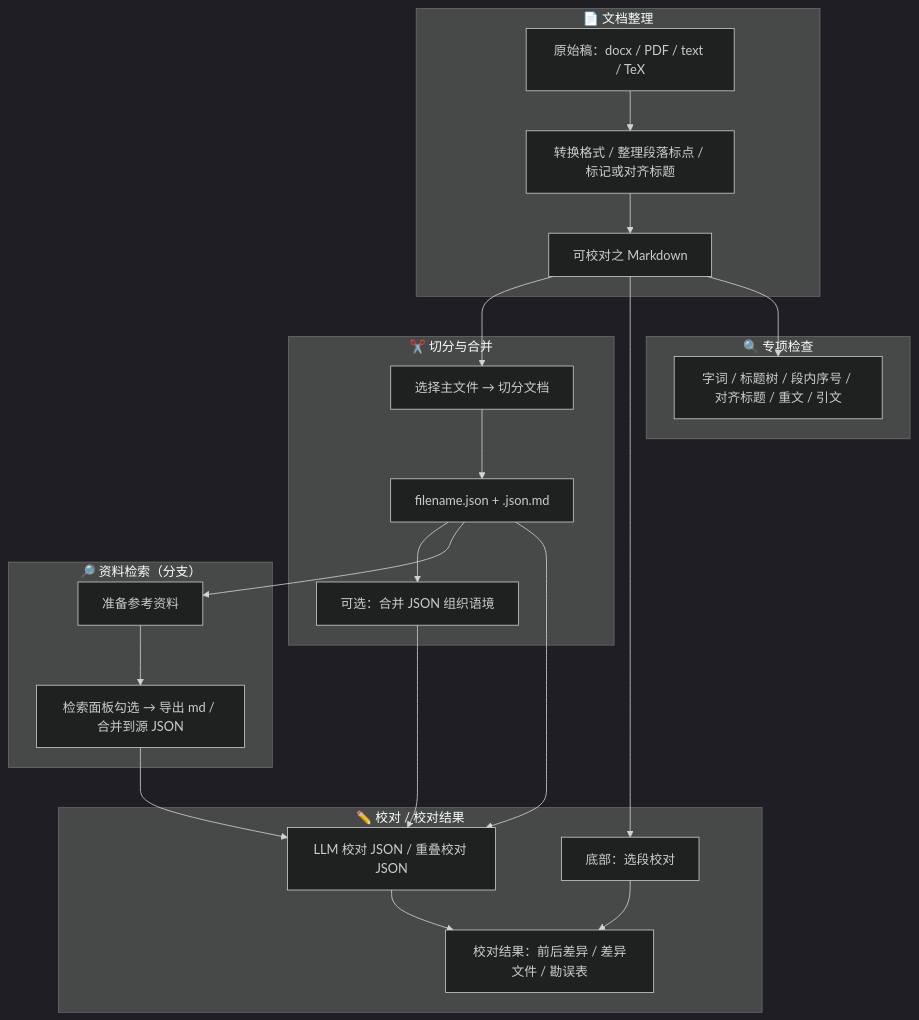
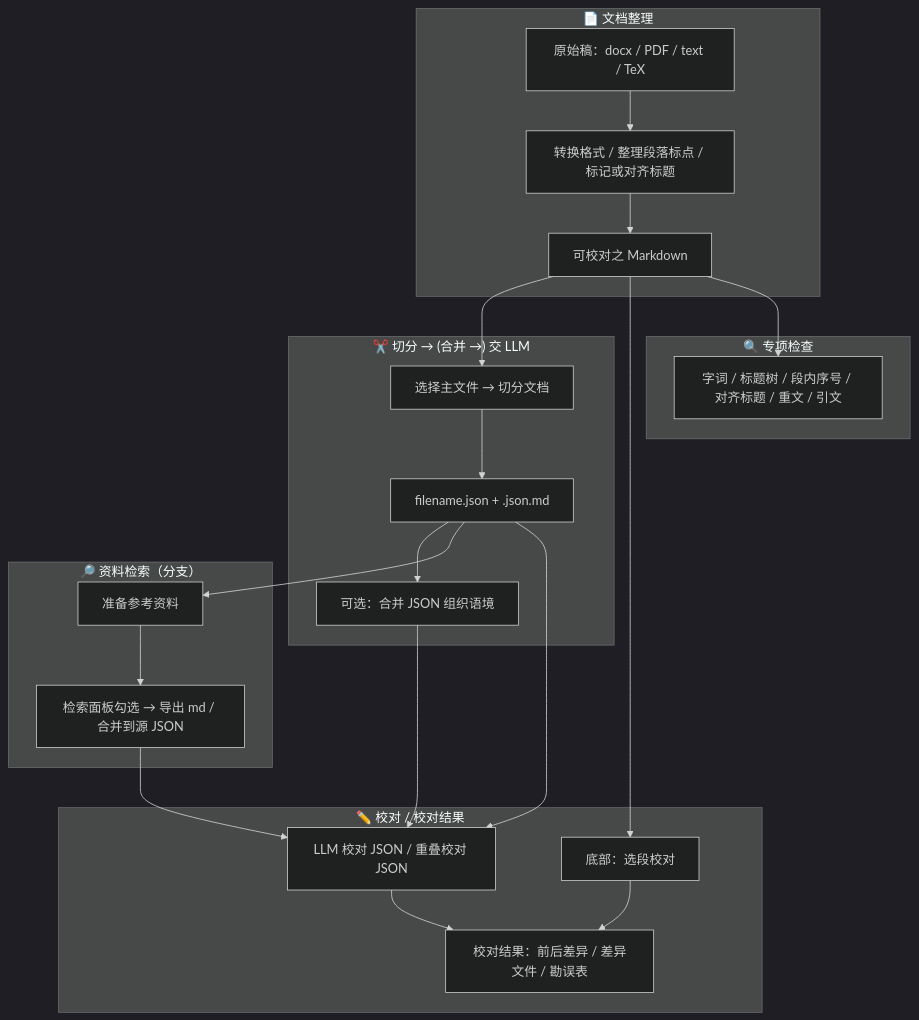
The second of 5 diagrams in docs/commands-cheatsheet.md (Fusyong/ai-proofread-vscode-extension), drawn with Mermaid (dark theme) before and after one commit. The commit also changed other lines of this file and 16 other files, not shown here.

````diff
--- a/docs/commands-cheatsheet.md
+++ b/docs/commands-cheatsheet.md
@@ -166,33 +166,33 @@
 ```mermaid
 flowchart TB
     subgraph 整理["📄 文档整理"]
         A["原始稿：docx / PDF / text / TeX"]
         B["转换格式 / 整理段落标点 / 标记或对齐标题"]
         C["可校对之 Markdown"]
         A --> B --> C
     end
 
-    subgraph 切分合并["✂️ 切分与合并"]
+    subgraph 切分合并["✂️ 切分 → (合并 →) 交 LLM"]
         C --> D["选择主文件 → 切分文档"]
         D --> E["filename.json + .json.md"]
         E --> F["可选：合并 JSON 组织语境"]
     end
 
     subgraph 检索["🔎 资料检索（分支）"]
         E --> G["准备参考资料"]
         G --> H["检索面板勾选 → 导出 md / 合并到源 JSON"]
     end
 
     subgraph 校对结果["✏️ 校对 / 校对结果"]
         F --> I["LLM 校对 JSON / 重叠校对 JSON"]
         H --> I
         E --> I
         I --> J["校对结果：前后差异 / 差异文件 / 勘误表"]
         C --> K["底部：选段校对"]
         K --> J
     end
 
     subgraph 专项["🔍 专项检查"]
         C --> L["字词 / 标题树 / 段内序号 / 对齐标题 / 重文 / 引文"]
     end
 ```
````
